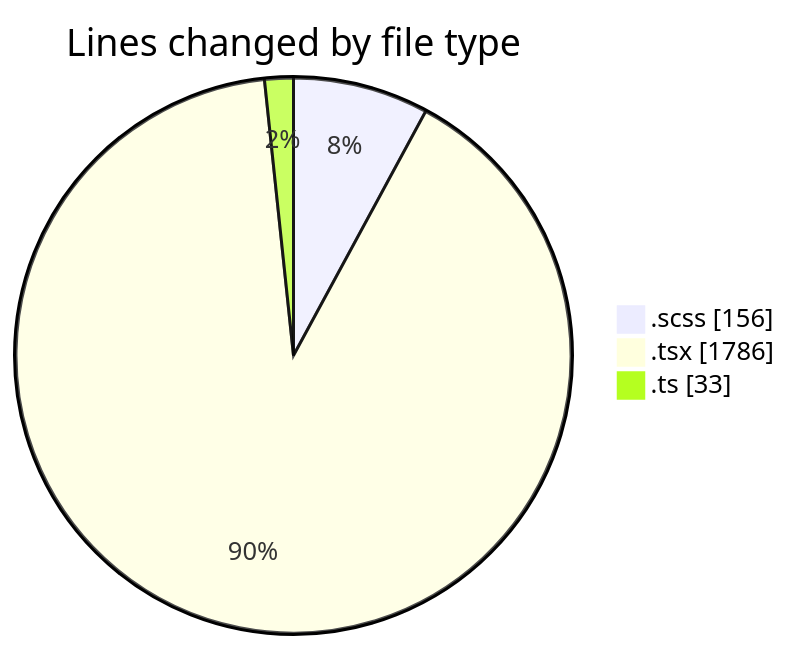
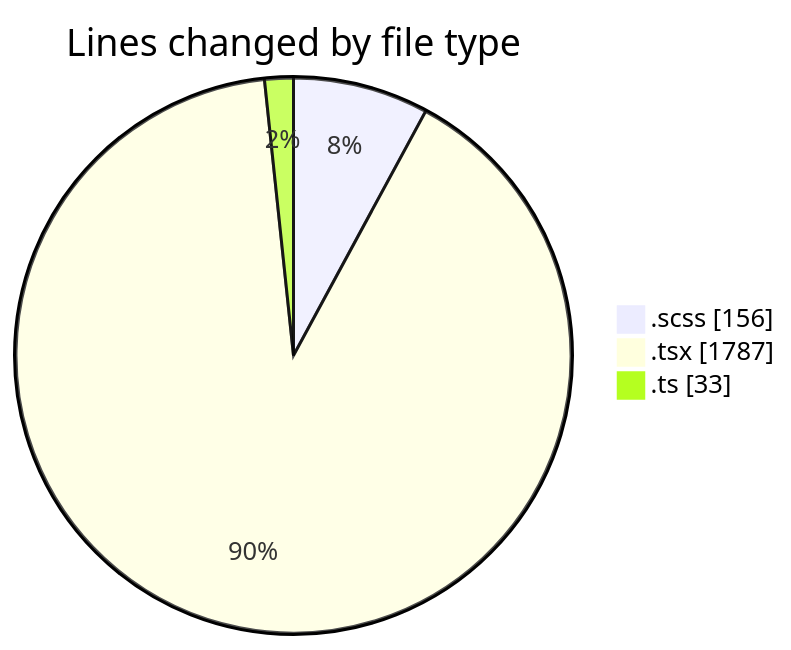
Before and after one commit to momahboobian/code-tracking: the first of 2 diagrams in 2025-02-10/cda/README.md, drawn with Mermaid. The commit also changed other lines of this file and 1 other file, not shown here.

````diff
--- a/2025-02-10/cda/README.md
+++ b/2025-02-10/cda/README.md
@@ -25,7 +25,7 @@
 ```mermaid
 pie showData
 title Lines changed by file type
 ".scss" : 156
-".tsx" : 1786
+".tsx" : 1787
 ".ts" : 33
 ```
````
